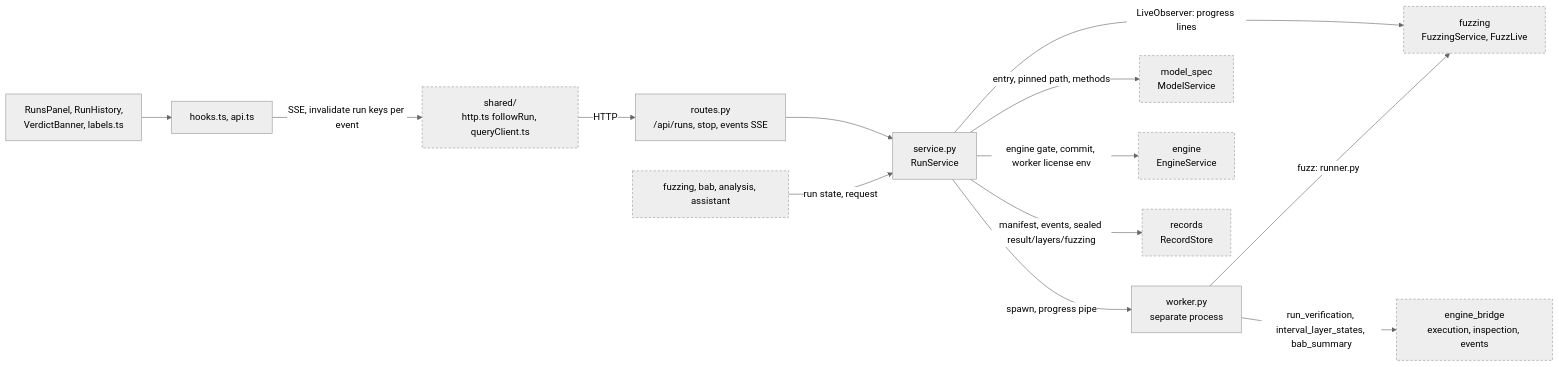
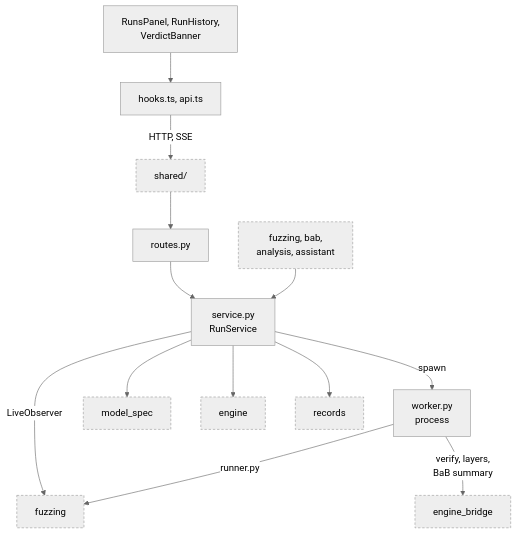
Before and after one commit to SVF-tools/ACT-GUI: the diagram in visual_bench/verification/README.md, drawn with Mermaid (neutral theme). The commit also changed 17 other files, not shown here.

Commit message:
lay out the README flow diagrams top-down so they stay legible on GitHub

````diff
--- a/visual_bench/verification/README.md
+++ b/visual_bench/verification/README.md
@@ -27,28 +27,26 @@
 ```mermaid
-flowchart LR
+flowchart TB
   classDef ext stroke-dasharray: 4 3
-  Views["RunsPanel, RunHistory,<br/>VerdictBanner, labels.ts"]
+  Views["RunsPanel, RunHistory,<br/>VerdictBanner"]
   H["hooks.ts, api.ts"]
-  R["routes.py<br/>/api/runs, stop, events SSE"]
+  SH["shared/"]:::ext
+  R["routes.py"]
   S["service.py<br/>RunService"]
-  Wk["worker.py<br/>separate process"]
-  SH["shared/<br/>http.ts followRun, queryClient.ts"]:::ext
-  MS["model_spec<br/>ModelService"]:::ext
-  EN["engine<br/>EngineService"]:::ext
-  REC["records<br/>RecordStore"]:::ext
-  FZ["fuzzing<br/>FuzzingService, FuzzLive"]:::ext
-  CAL["fuzzing, bab, analysis, assistant"]:::ext
-  EB["engine_bridge<br/>execution, inspection, events"]:::ext
+  Wk["worker.py<br/>process"]
+  CAL["fuzzing, bab,<br/>analysis, assistant"]:::ext
+  MS["model_spec"]:::ext
+  EN["engine"]:::ext
+  REC["records"]:::ext
+  FZ["fuzzing"]:::ext
+  EB["engine_bridge"]:::ext
   Views --> H
-  H -- "SSE, invalidate run keys per event" --> SH
-  SH -- "HTTP" --> R
+  H -- "HTTP, SSE" --> SH
+  SH --> R
   R --> S
-  S -- "entry, pinned path, methods" --> MS
-  S -- "engine gate, commit, worker license env" --> EN
-  S -- "manifest, events, sealed result/layers/fuzzing" --> REC
-  S -- "LiveObserver: progress lines" --> FZ
-  S -- "spawn, progress pipe" --> Wk
-  Wk -- "fuzz: runner.py" --> FZ
-  Wk -- "run_verification, interval_layer_states, bab_summary" --> EB
-  CAL -- "run state, request" --> S
+  CAL --> S
+  S --> MS & EN & REC
+  S -- "LiveObserver" --> FZ
+  S -- "spawn" --> Wk
+  Wk -- "runner.py" --> FZ
+  Wk -- "verify, layers,<br/>BaB summary" --> EB
 ```
````
